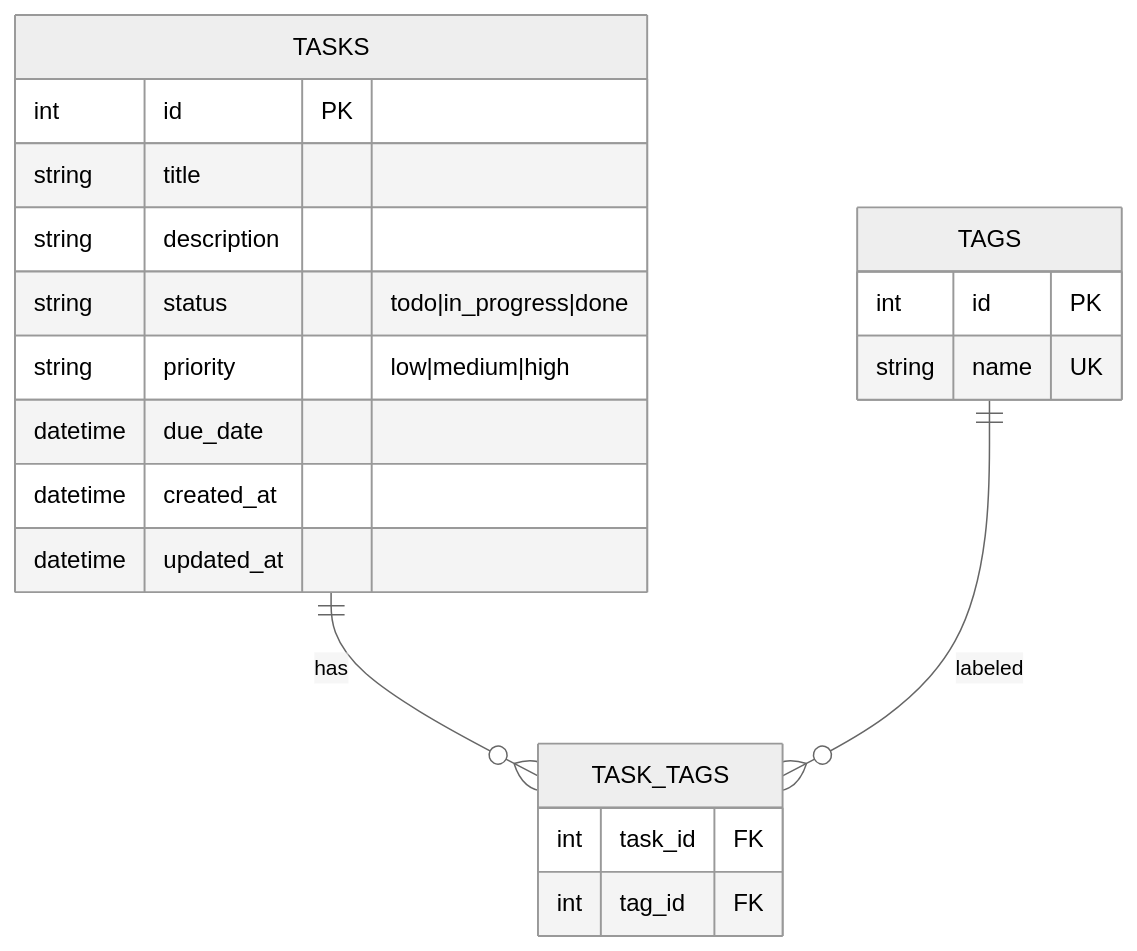
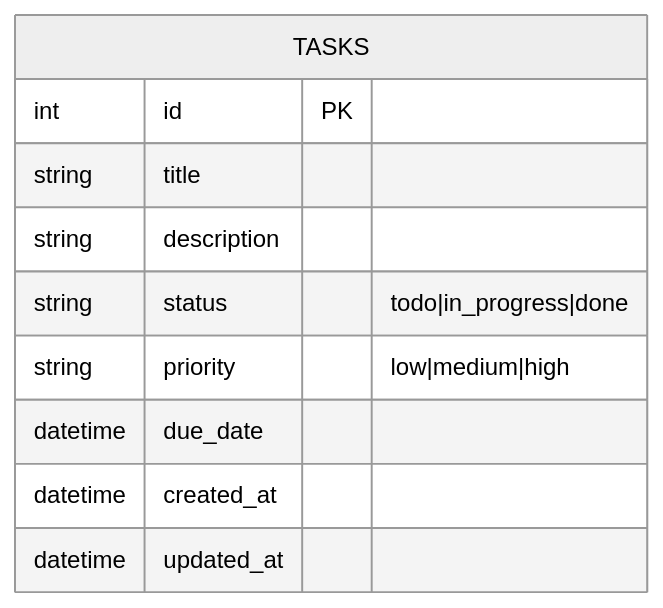
One commit to jal0115/bie-daalt-13 changed the third of 3 diagrams in partA/ARCHITECTURE.md. Above: the diagram before and after it, drawn with Mermaid (neutral theme).

Commit message:
docs(partA): remove tag entities from ER diagram

````diff
--- a/partA/ARCHITECTURE.md
+++ b/partA/ARCHITECTURE.md
@@ -76,26 +76,13 @@
 ```mermaid
 erDiagram
-    TASKS ||--o{ TASK_TAGS : has
-    TAGS ||--o{ TASK_TAGS : labeled
-
     TASKS {
         int id PK
         string title
         string description
         string status "todo|in_progress|done"
         string priority "low|medium|high"
         datetime due_date
         datetime created_at
         datetime updated_at
     }
-
-    TAGS {
-        int id PK
-        string name UK
-    }
-
-    TASK_TAGS {
-        int task_id FK
-        int tag_id FK
-    }
 ```
````
